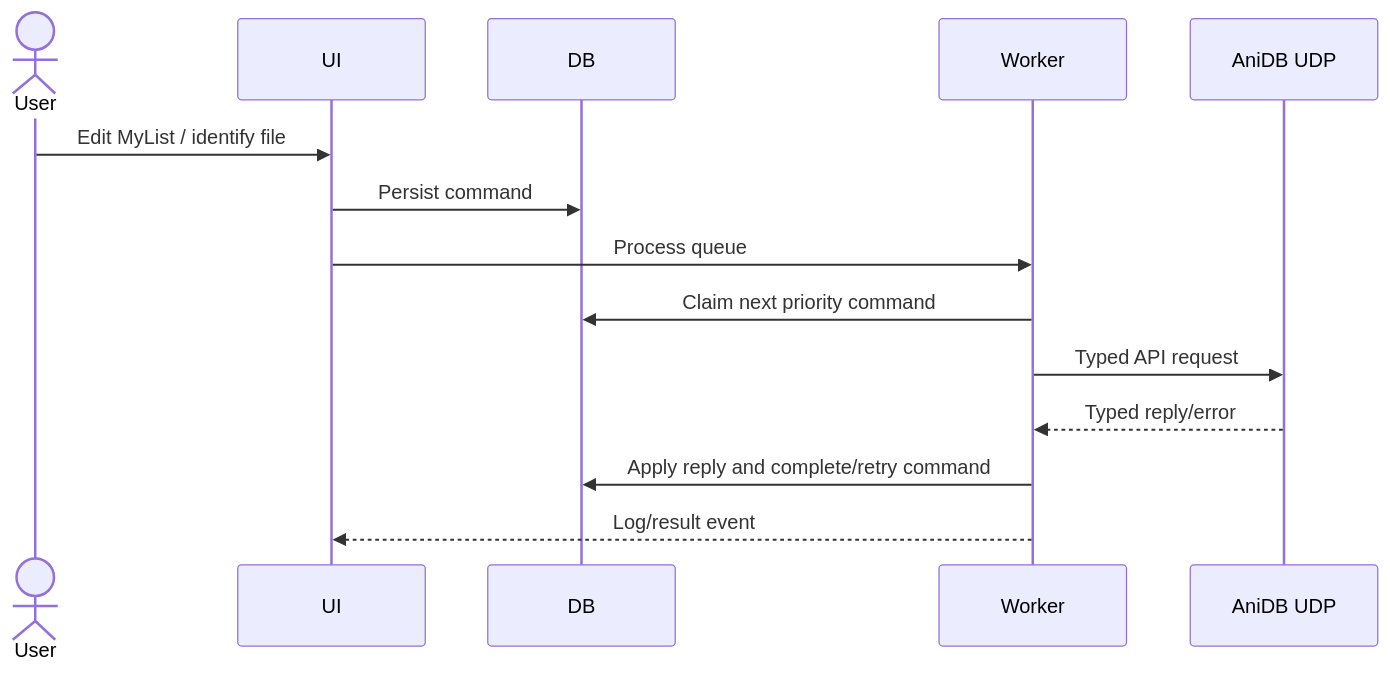
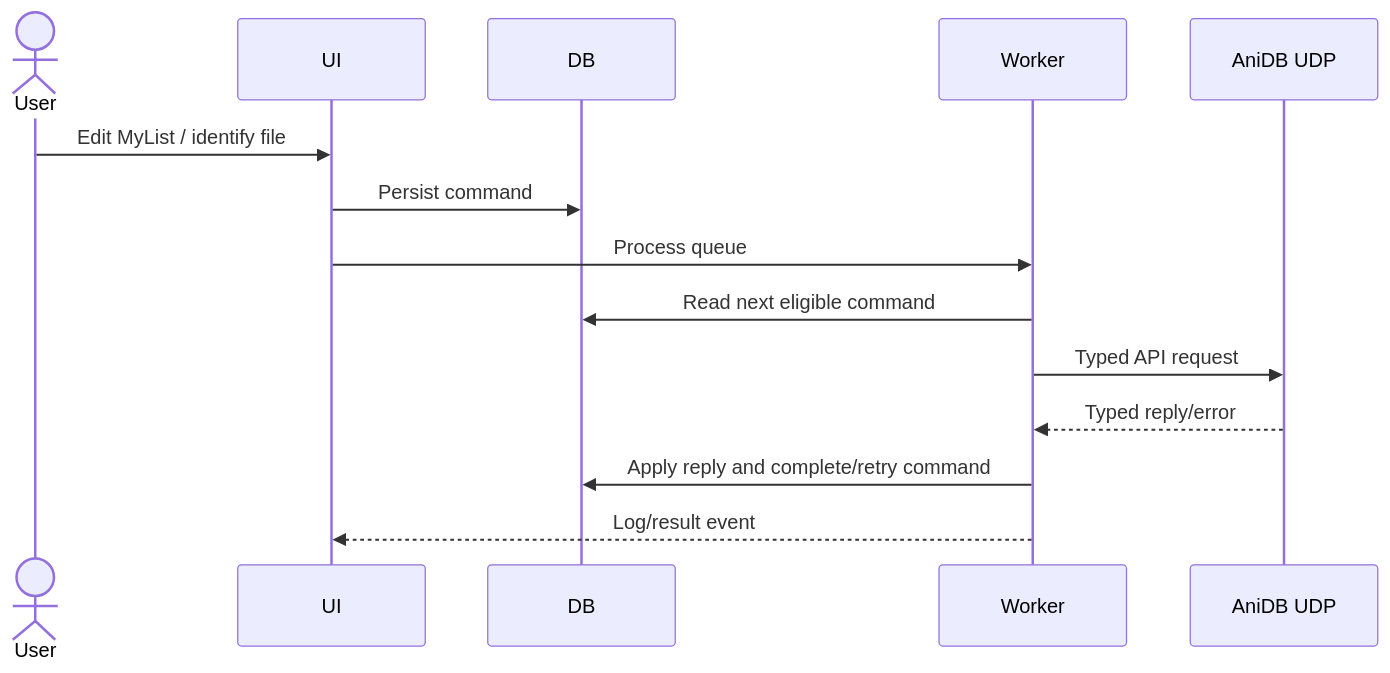
The third of 3 diagrams in docs/architecture.md (RetroHazard/animatic), drawn with Mermaid before and after one commit. The commit also changed other lines of this file and 24 other files, not shown here.

````diff
--- a/docs/architecture.md
+++ b/docs/architecture.md
@@ -101,17 +110,17 @@
 ```mermaid
 sequenceDiagram
     actor User
     participant UI
     participant DB
     participant Worker
     participant UDP as AniDB UDP
 
     User->>UI: Edit MyList / identify file
     UI->>DB: Persist command
     UI->>Worker: Process queue
-    Worker->>DB: Claim next priority command
+    Worker->>DB: Read next eligible command
     Worker->>UDP: Typed API request
     UDP-->>Worker: Typed reply/error
     Worker->>DB: Apply reply and complete/retry command
     Worker-->>UI: Log/result event
 ```
````
